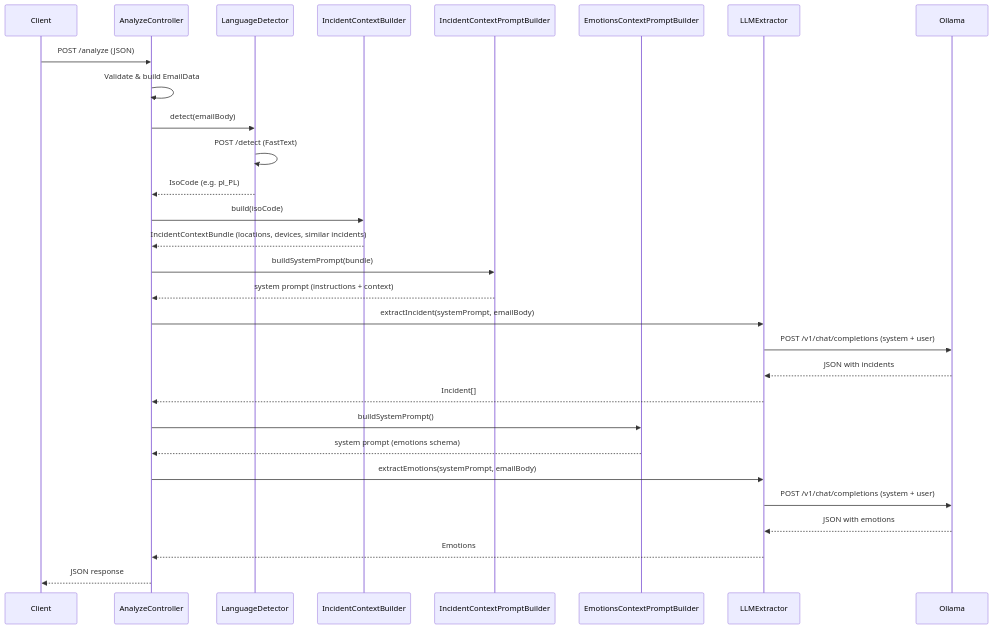
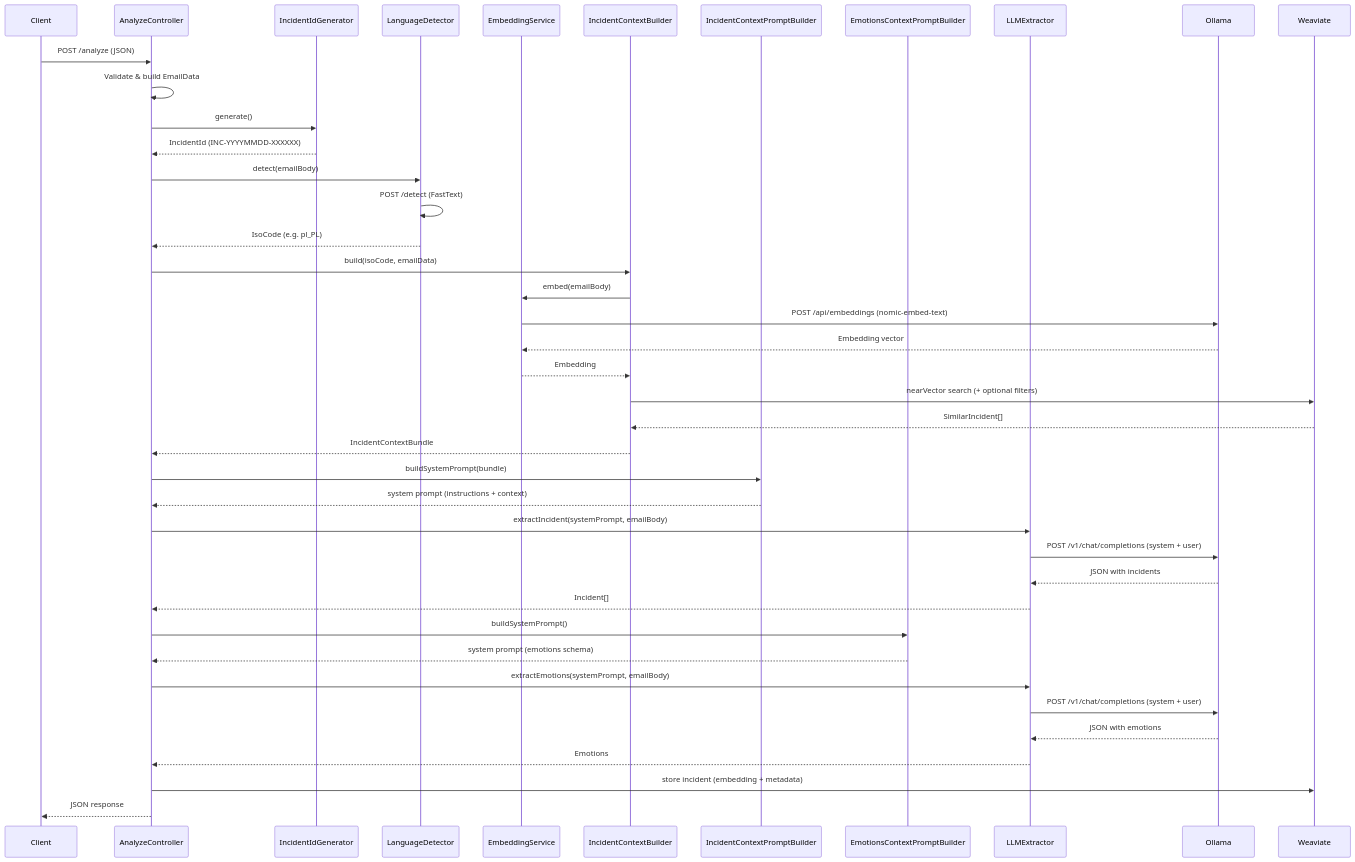
One commit to mmalessa/ai-email-analyzer changed the diagram in README.md. Above: the diagram before and after it, drawn with Mermaid. The commit also changed other lines of this file and 23 other files, not shown here.

Commit message:
Add Weaviate integration with embedding service, incident storage and ID generation

````diff
--- a/README.md
+++ b/README.md
@@ -22,39 +24,51 @@
 ```mermaid
 sequenceDiagram
     participant Client
     participant AnalyzeController
+    participant IncidentIdGenerator
     participant LanguageDetector
+    participant EmbeddingService
     participant IncidentContextBuilder
     participant IncidentContextPromptBuilder
     participant EmotionsContextPromptBuilder
     participant LLMExtractor
     participant Ollama
+    participant Weaviate
 
     Client->>AnalyzeController: POST /analyze (JSON)
     AnalyzeController->>AnalyzeController: Validate & build EmailData
+    AnalyzeController->>IncidentIdGenerator: generate()
+    IncidentIdGenerator-->>AnalyzeController: IncidentId (INC-YYYYMMDD-XXXXXX)
 
     AnalyzeController->>LanguageDetector: detect(emailBody)
     LanguageDetector->>LanguageDetector: POST /detect (FastText)
     LanguageDetector-->>AnalyzeController: IsoCode (e.g. pl_PL)
 
-    AnalyzeController->>IncidentContextBuilder: build(isoCode)
-    IncidentContextBuilder-->>AnalyzeController: IncidentContextBundle (locations, devices, similar incidents)
+    AnalyzeController->>IncidentContextBuilder: build(isoCode, emailData)
+    IncidentContextBuilder->>EmbeddingService: embed(emailBody)
+    EmbeddingService->>Ollama: POST /api/embeddings (nomic-embed-text)
+    Ollama-->>EmbeddingService: Embedding vector
+    EmbeddingService-->>IncidentContextBuilder: Embedding
+    IncidentContextBuilder->>Weaviate: nearVector search (+ optional filters)
+    Weaviate-->>IncidentContextBuilder: SimilarIncident[]
+    IncidentContextBuilder-->>AnalyzeController: IncidentContextBundle
 
     AnalyzeController->>IncidentContextPromptBuilder: buildSystemPrompt(bundle)
     IncidentContextPromptBuilder-->>AnalyzeController: system prompt (instructions + context)
 
     AnalyzeController->>LLMExtractor: extractIncident(systemPrompt, emailBody)
     LLMExtractor->>Ollama: POST /v1/chat/completions (system + user)
     Ollama-->>LLMExtractor: JSON with incidents
     LLMExtractor-->>AnalyzeController: Incident[]
 
     AnalyzeController->>EmotionsContextPromptBuilder: buildSystemPrompt()
     EmotionsContextPromptBuilder-->>AnalyzeController: system prompt (emotions schema)
 
     AnalyzeController->>LLMExtractor: extractEmotions(systemPrompt, emailBody)
     LLMExtractor->>Ollama: POST /v1/chat/completions (system + user)
     Ollama-->>LLMExtractor: JSON with emotions
     LLMExtractor-->>AnalyzeController: Emotions
 
+    AnalyzeController->>Weaviate: store incident (embedding + metadata)
     AnalyzeController-->>Client: JSON response
 ```
````
